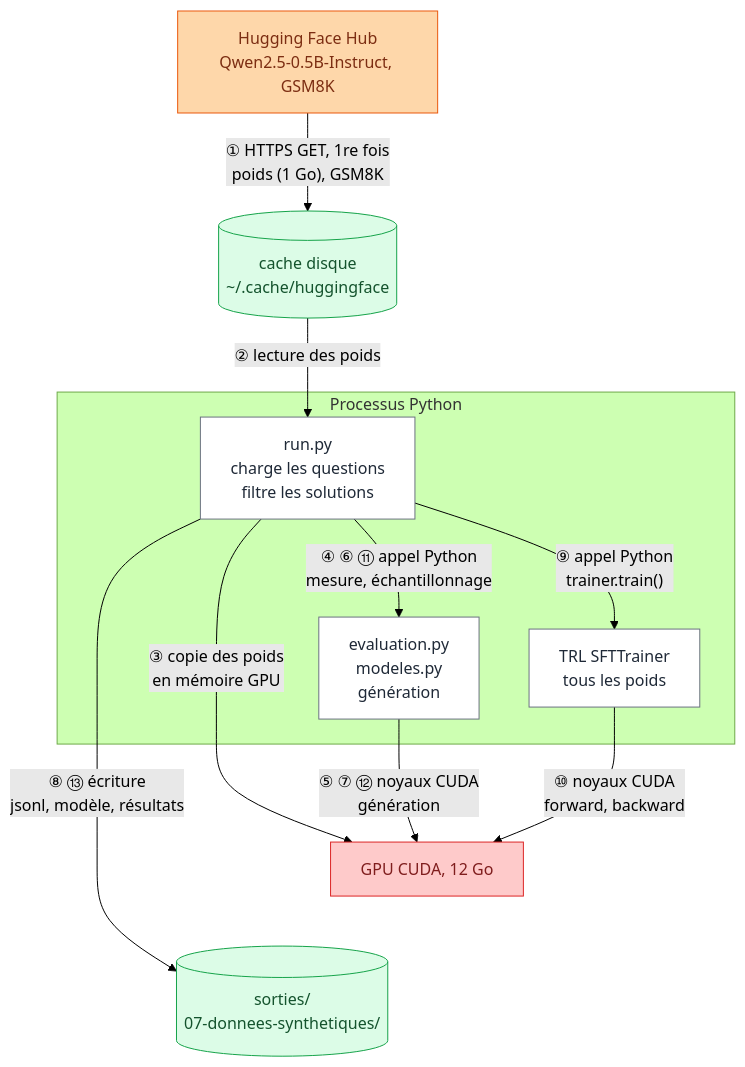
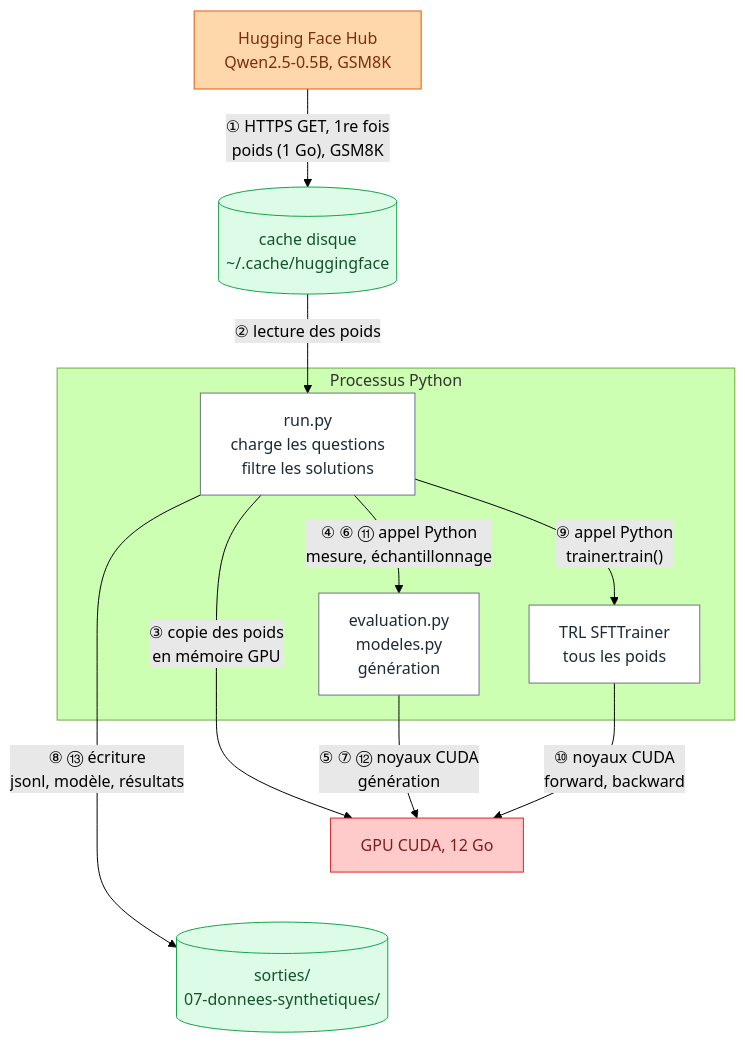
One commit to xavinsky/amelioria changed the diagram in 07-donnees-synthetiques/README.md. Above: the diagram before and after it, drawn with Mermaid (forest theme). The commit also changed other lines of this file and 22 other files, not shown here.

````diff
--- a/07-donnees-synthetiques/README.md
+++ b/07-donnees-synthetiques/README.md
@@ -49,32 +49,32 @@
 ```mermaid
 flowchart TD
   classDef externe fill:#fed7aa,stroke:#ea580c,color:#7c2d12
   classDef code fill:#ffffff,stroke:#6b7280,color:#1f2937
   classDef gpu fill:#fecaca,stroke:#dc2626,color:#7f1d1d
   classDef disque fill:#dcfce7,stroke:#16a34a,color:#14532d
 
-  Hub["Hugging Face Hub<br/>Qwen2.5-0.5B-Instruct, GSM8K"]
+  Hub["Hugging Face Hub<br/>Qwen2.5-0.5B, GSM8K"]
   Cache[("cache disque<br/>~/.cache/huggingface")]
   subgraph Py["Processus Python"]
     Run["run.py<br/>charge les questions<br/>filtre les solutions"]
     Ev["evaluation.py<br/>modeles.py<br/>génération"]
     TRL["TRL SFTTrainer<br/>tous les poids"]
   end
   GPU["GPU CUDA, 12 Go"]
   Out[("sorties/<br/>07-donnees-synthetiques/")]
 
   Hub -- "① HTTPS GET, 1re fois<br/>poids (1 Go), GSM8K" --> Cache
   Cache -- "② lecture des poids" --> Run
   Run -- "③ copie des poids<br/>en mémoire GPU" --> GPU
   Run -- "④ ⑥ ⑪ appel Python<br/>mesure, échantillonnage" --> Ev
   Ev -- "⑤ ⑦ ⑫ noyaux CUDA<br/>génération" --> GPU
   Run -- "⑧ ⑬ écriture<br/>jsonl, modèle, résultats" --> Out
   Run -- "⑨ appel Python<br/>trainer.train()" --> TRL
   TRL -- "⑩ noyaux CUDA<br/>forward, backward" --> GPU
 
   GPU ~~~ Out
   class Hub externe
   class Run,Ev,TRL code
   class GPU gpu
   class Cache,Out disque
 ```
````
